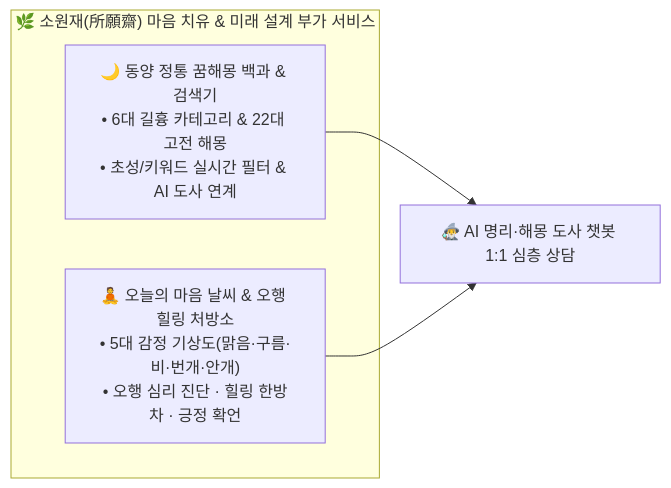
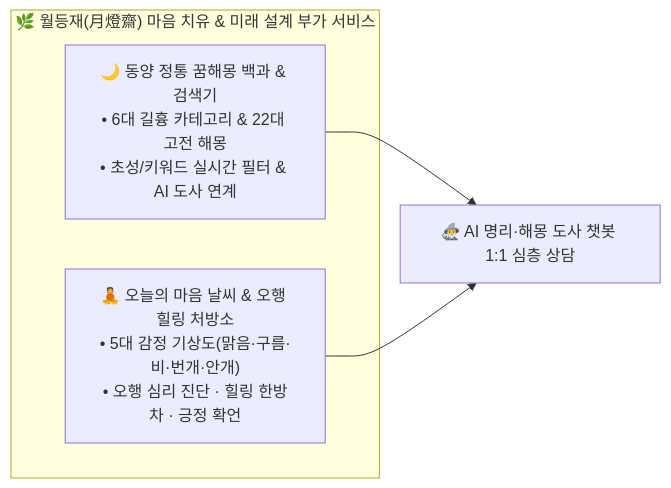
Before and after one commit to minjae0529-blip/Daily-Fortune: the third of 6 diagrams in README.md, drawn with Mermaid. The commit also changed other lines of this file and 13 other files, not shown here.

Commit message:
feat(rebrand): rename service to Woldeungjae (월등재 月燈齋) and update README/render.yaml to woldeungjae.onrender.com

````diff
--- a/README.md
+++ b/README.md
@@ -225,9 +225,9 @@
 ```mermaid
 flowchart LR
-    subgraph Wellness ["🌿 소원재(所願齋) 마음 치유 & 미래 설계 부가 서비스"]
+    subgraph Wellness ["🌿 월등재(月燈齋) 마음 치유 & 미래 설계 부가 서비스"]
         Dream["🌙 동양 정통 꿈해몽 백과 & 검색기<br/>• 6대 길흉 카테고리 & 22대 고전 해몽<br/>• 초성/키워드 실시간 필터 & AI 도사 연계"]
         Mood["🧘 오늘의 마음 날씨 & 오행 힐링 처방소<br/>• 5대 감정 기상도(맑음·구름·비·번개·안개)<br/>• 오행 심리 진단 · 힐링 한방차 · 긍정 확언"]
     end
     Dream --> AI["🧙‍♂️ AI 명리·해몽 도사 챗봇 1:1 심층 상담"]
     Mood --> AI
 ```
````
